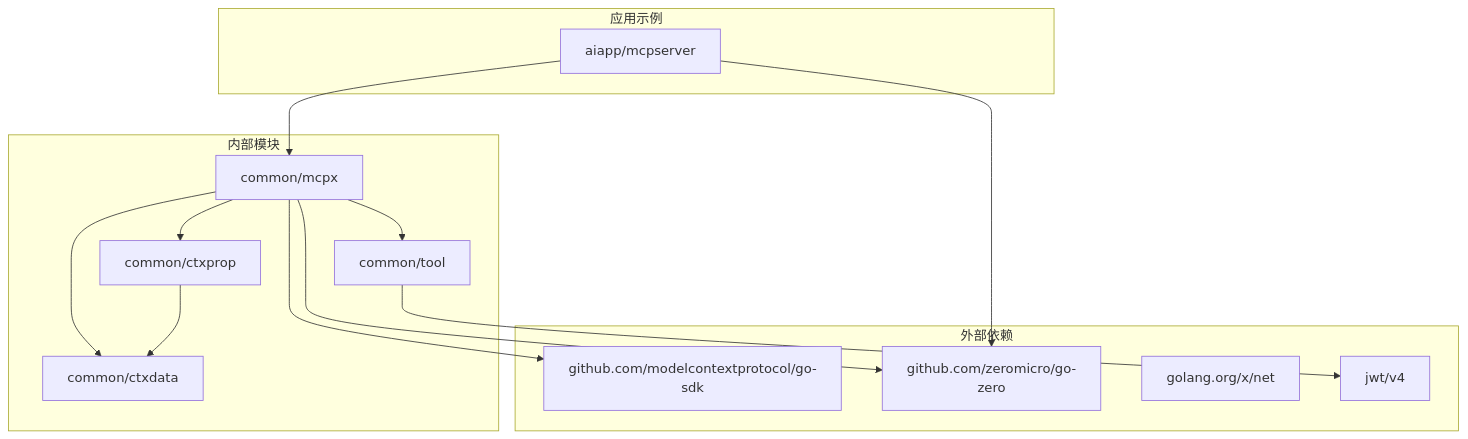
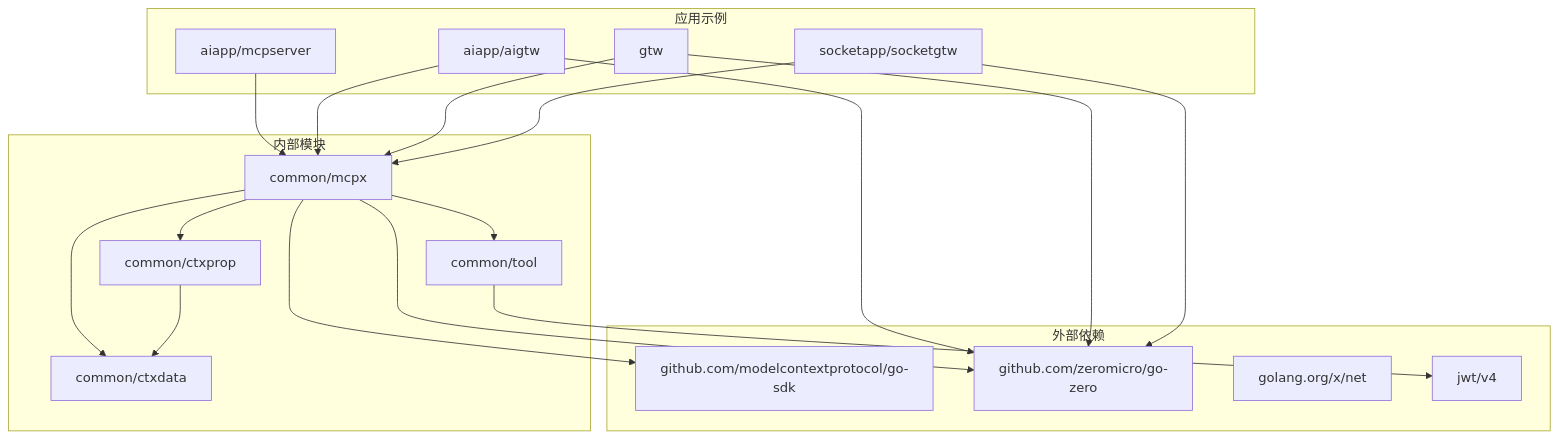
One commit to maomao94/zero-service changed the sixth of 6 diagrams in .qoder/repowiki/zh/content/Mcpx Authentication System.md. Above: the diagram before and after it, drawn with Mermaid. The commit also changed other lines of this file and 7 other files, not shown here.

````diff
--- a/.qoder/repowiki/zh/content/Mcpx Authentication System.md
+++ b/.qoder/repowiki/zh/content/Mcpx Authentication System.md
@@ -321,27 +354,35 @@
 ```mermaid
 graph TB
 subgraph "外部依赖"
 A[github.com/modelcontextprotocol/go-sdk]
 B[github.com/zeromicro/go-zero]
 C[golang.org/x/net]
 D[jwt/v4]
 end
 subgraph "内部模块"
 E[common/mcpx]
 F[common/ctxdata]
 G[common/ctxprop]
 H[common/tool]
 end
 subgraph "应用示例"
 I[aiapp/mcpserver]
+J[aiapp/aigtw]
+K[gtw]
+L[socketapp/socketgtw]
 end
 E --> A
 E --> B
 E --> F
 E --> G
 E --> H
 I --> E
-I --> B
+J --> E
+K --> E
+L --> E
+J --> B
+K --> B
+L --> B
 G --> F
 H --> D
 ```
````
